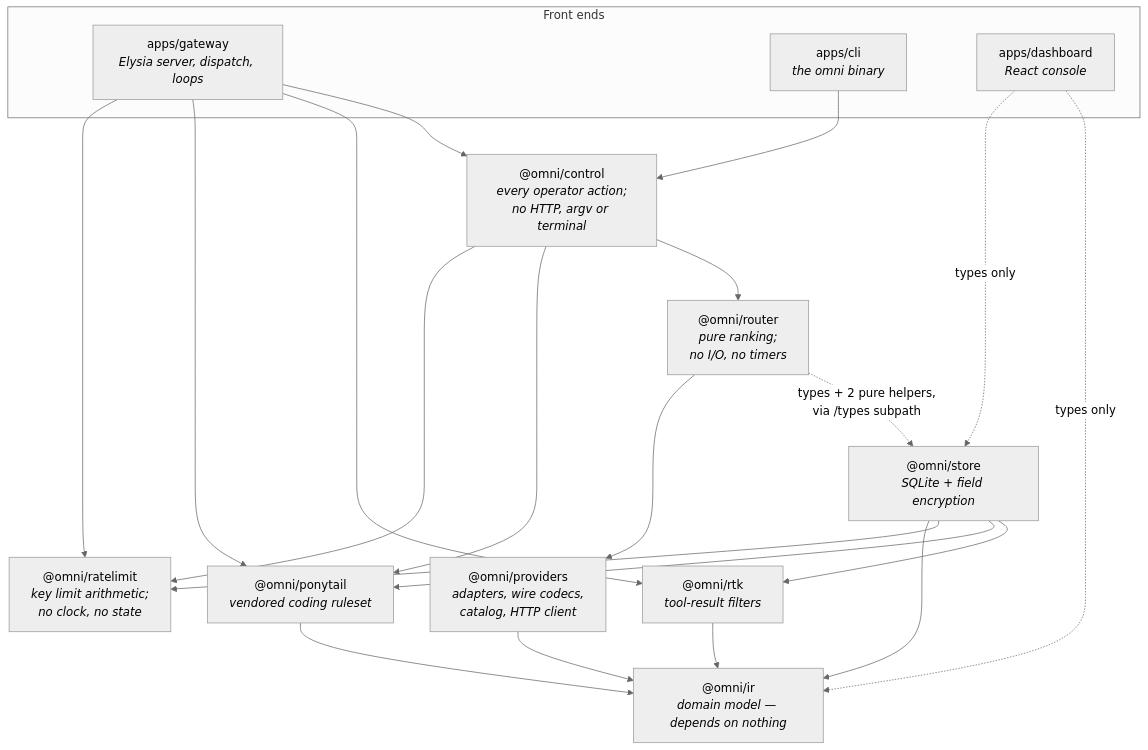
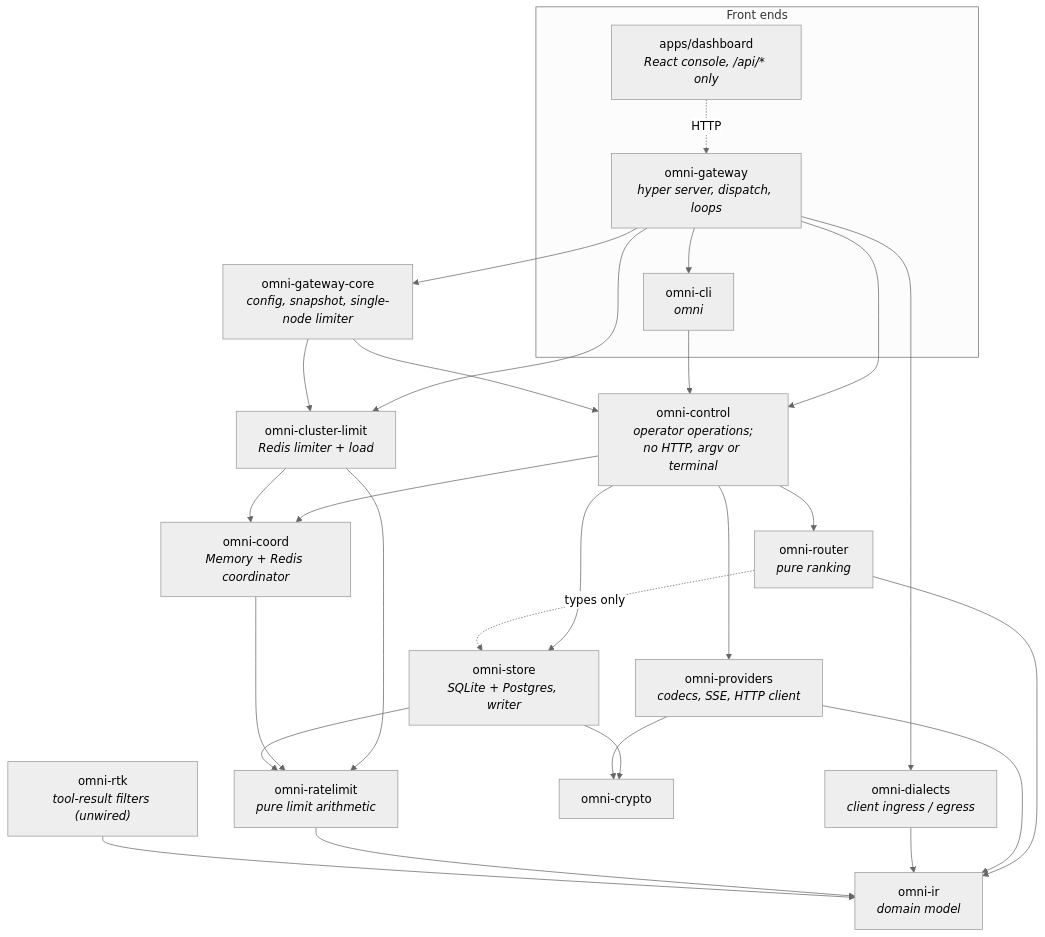
Before and after one commit to harismawan/omnigateway: the first of 12 diagrams in ARCHITECTURE.md, drawn with Mermaid (neutral theme). The commit also changed other lines of this file, not shown here.

First line of the commit message:
docs: rewrite ARCHITECTURE.md against the Rust crates

````diff
--- a/ARCHITECTURE.md
+++ b/ARCHITECTURE.md
@@ -53,37 +43,47 @@
 ```mermaid
 graph TD
   subgraph frontends[Front ends]
-    gateway["apps/gateway<br/><i>Elysia server, dispatch, loops</i>"]
-    cli["apps/cli<br/><i>the omni binary</i>"]
-    dashboard["apps/dashboard<br/><i>React console</i>"]
+    gateway["omni-gateway<br/><i>hyper server, dispatch, loops</i>"]
+    cli["omni-cli<br/><i>omni</i>"]
+    dashboard["apps/dashboard<br/><i>React console, /api/* only</i>"]
   end
 
-  control["@omni/control<br/><i>every operator action;<br/>no HTTP, argv or terminal</i>"]
-  router["@omni/router<br/><i>pure ranking;<br/>no I/O, no timers</i>"]
-  store["@omni/store<br/><i>SQLite + field encryption</i>"]
-  providers["@omni/providers<br/><i>adapters, wire codecs,<br/>catalog, HTTP client</i>"]
-  rtk["@omni/rtk<br/><i>tool-result filters</i>"]
-  ponytail["@omni/ponytail<br/><i>vendored coding ruleset</i>"]
-  ratelimit["@omni/ratelimit<br/><i>key limit arithmetic;<br/>no clock, no state</i>"]
-  ir["@omni/ir<br/><i>domain model — depends on nothing</i>"]
+  core["omni-gateway-core<br/><i>config, snapshot, single-node limiter</i>"]
+  control["omni-control<br/><i>operator operations;<br/>no HTTP, argv or terminal</i>"]
+  dialects["omni-dialects<br/><i>client ingress / egress</i>"]
+  cluster["omni-cluster-limit<br/><i>Redis limiter + load</i>"]
+  router["omni-router<br/><i>pure ranking</i>"]
+  store["omni-store<br/><i>SQLite + Postgres, writer</i>"]
+  providers["omni-providers<br/><i>codecs, SSE, HTTP client</i>"]
+  coord["omni-coord<br/><i>Memory + Redis coordinator</i>"]
+  ratelimit["omni-ratelimit<br/><i>pure limit arithmetic</i>"]
+  crypto["omni-crypto"]
+  ir["omni-ir<br/><i>domain model</i>"]
+  rtk["omni-rtk<br/><i>tool-result filters (unwired)</i>"]
 
+  gateway --> core
   gateway --> control
-  gateway --> rtk
-  gateway --> ponytail
-  gateway --> ratelimit
+  gateway --> dialects
+  gateway --> cluster
+  gateway --> cli
   cli --> control
-  dashboard -. "types only" .-> ir
-  dashboard -. "types only" .-> store
+  core --> control
+  core --> cluster
   control --> router
-  control --> ponytail
-  control --> ratelimit
-  router -. "types + 2 pure helpers,<br/>via /types subpath" .-> store
-  router --> providers
-  store --> rtk
-  store --> ponytail
+  control --> providers
+  control --> store
+  control --> coord
+  cluster --> coord
+  cluster --> ratelimit
+  coord --> ratelimit
+  router -. "types only" .-> store
+  router --> ir
   store --> ratelimit
+  store --> crypto
   providers --> ir
+  providers --> crypto
+  dialects --> ir
+  ratelimit --> ir
   rtk --> ir
-  ponytail --> ir
-  store --> ir
+  dashboard -. "HTTP" .-> gateway
 ```
````
